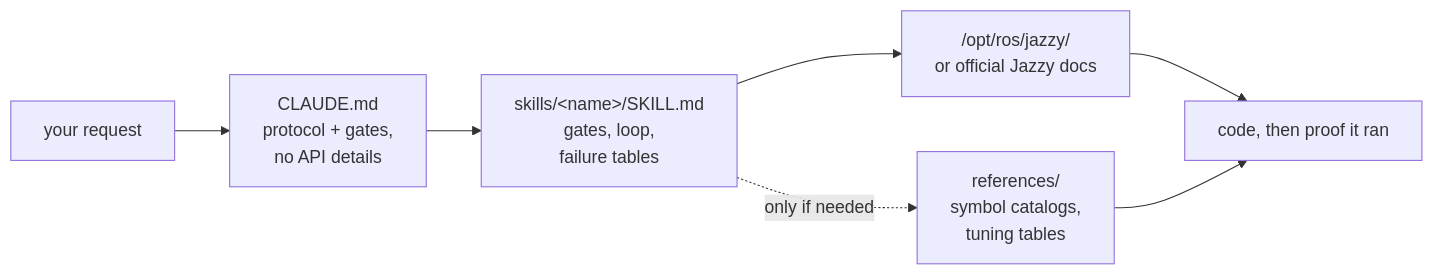
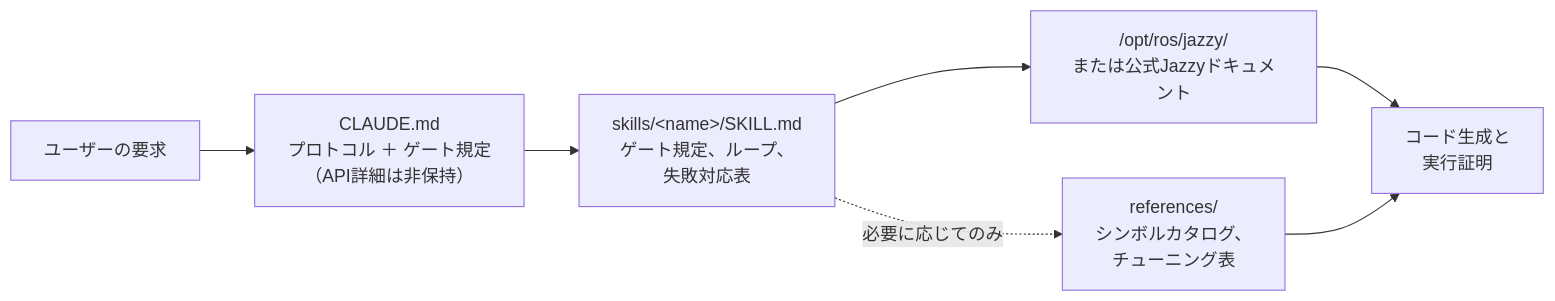
Before and after one commit to Leehyunbin0131/claude-ros2-skills: the diagram in README.ja.md, drawn with Mermaid. The commit also changed other lines of this file and 5 other files, not shown here.

Commit message:
docs: sync all translated READMEs with updated Evals and Roadmap in English README

````diff
--- a/README.ja.md
+++ b/README.ja.md
@@ -154,9 +178,9 @@
 ```mermaid
 flowchart LR
-    A["your request"] --> B["CLAUDE.md<br/>protocol + gates,<br/>no API details"]
-    B --> C["skills/&lt;name&gt;/SKILL.md<br/>gates, loop,<br/>failure tables"]
-    C --> D["/opt/ros/jazzy/<br/>or official Jazzy docs"]
-    C -.only if needed.-> R["references/<br/>symbol catalogs,<br/>tuning tables"]
-    D --> E["code, then proof it ran"]
+    A["ユーザーの要求"] --> B["CLAUDE.md<br/>プロトコル ＋ ゲート規定<br/>（API詳細は非保持）"]
+    B --> C["skills/&lt;name&gt;/SKILL.md<br/>ゲート規定、ループ、<br/>失敗対応表"]
+    C --> D["/opt/ros/jazzy/<br/>または公式Jazzyドキュメント"]
+    C -.必要に応じてのみ.-> R["references/<br/>シンボルカタログ、<br/>チューニング表"]
+    D --> E["コード生成と<br/>実行証明"]
     R --> E
 ```
````
